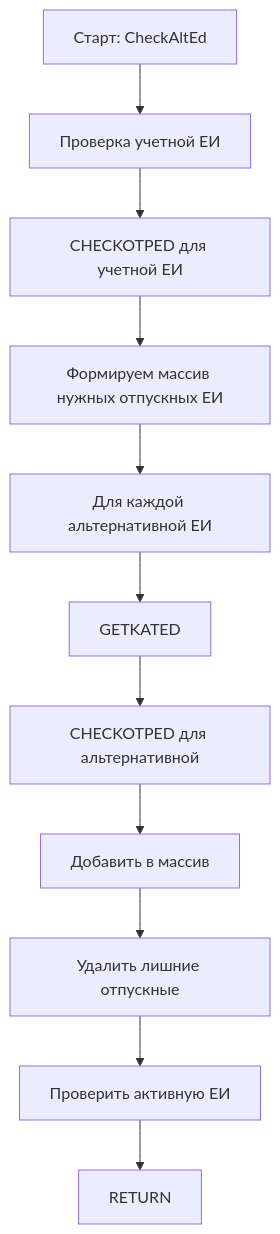
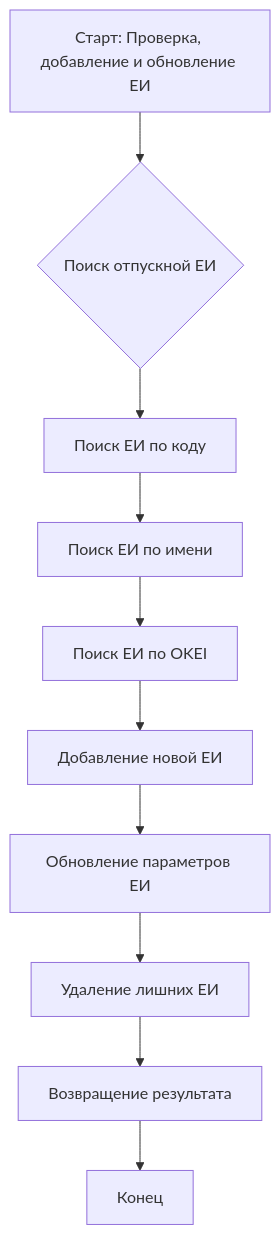
One commit to fivec/topsoft.JAM changed diagram 13 of 20 in README.md. Above: the diagram before and after it, drawn with Mermaid. The commit also changed other lines of this file, not shown here.

````diff
--- a/README.md
+++ b/README.md
@@ -362,13 +406,12 @@
 ```mermaid
 flowchart TD
-A[Старт: CheckAltEd] --> B[Проверка учетной ЕИ]
-B --> C[CHECKOTPED для учетной ЕИ]
-C --> D[Формируем массив нужных отпускных ЕИ]
-D --> E[Для каждой альтернативной ЕИ]
-E --> F[GETKATED]
-F --> G[CHECKOTPED для альтернативной]
-G --> H[Добавить в массив]
-H --> I[Удалить лишние отпускные]
-I --> J[Проверить активную ЕИ]
-J --> K[RETURN]
+    A[Старт: Проверка, добавление и обновление ЕИ] --> B{Поиск отпускной ЕИ}
+    B --> C[Поиск ЕИ по коду]
+    C --> D[Поиск ЕИ по имени]
+    D --> E[Поиск ЕИ по OKEI]
+    E --> F[Добавление новой ЕИ]
+    F --> G[Обновление параметров ЕИ]
+    G --> H[Удаление лишних ЕИ]
+    H --> I[Возвращение результата]
+    I --> J[Конец]
 ```
````
